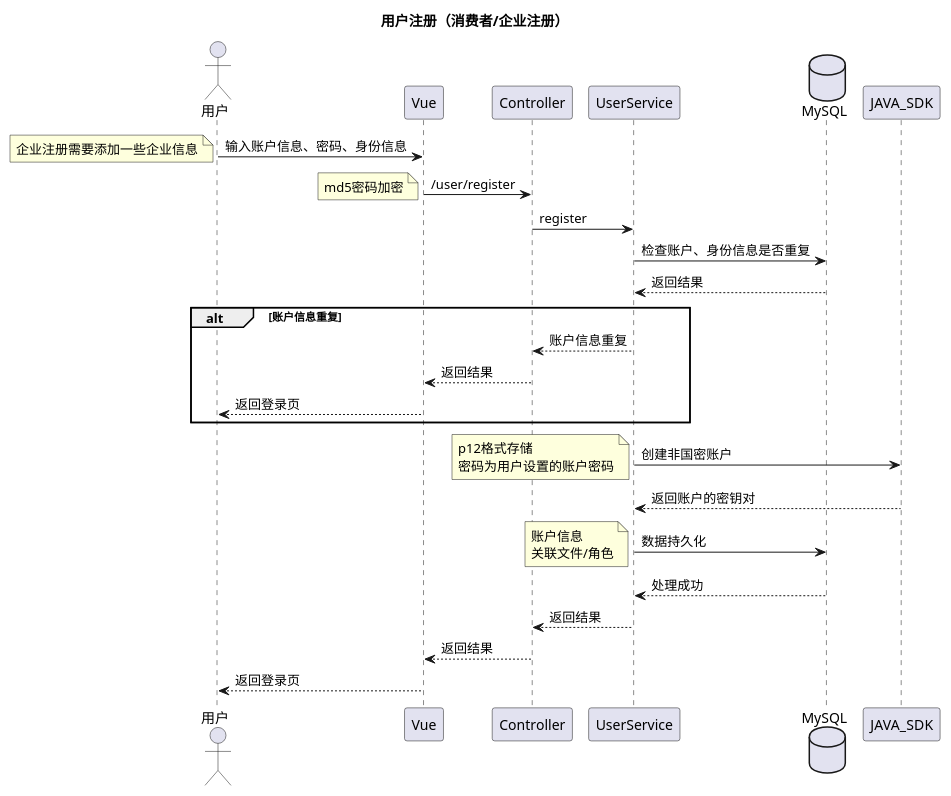
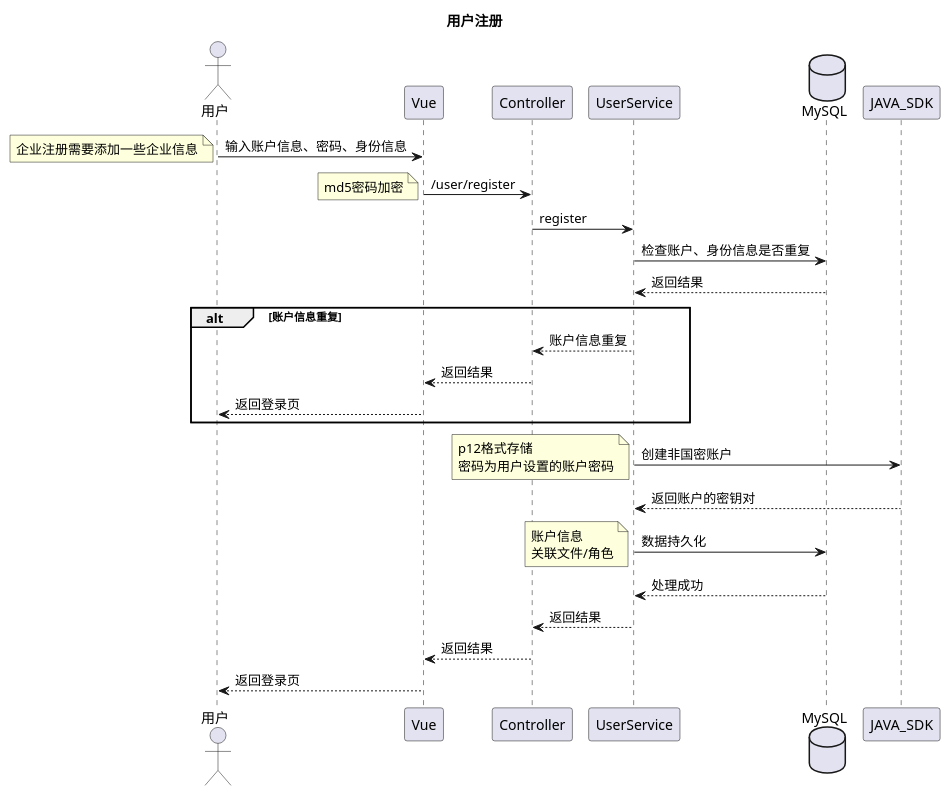
The diagram in docs/时序图/用户注册.puml (cmgun/B-Recycle), drawn with PlantUML before and after one commit. The commit also changed 43 other files, not shown here.

```diff
--- a/docs/时序图/用户注册.puml
+++ b/docs/时序图/用户注册.puml
@@ -1,44 +1,44 @@
 @startuml
 'https://plantuml.com/sequence-diagram
-title 用户注册（消费者/企业注册）
+title 用户注册
 actor 用户
 
 用户 -> Vue : 输入账户信息、密码、身份信息
 note left
 企业注册需要添加一些企业信息
 end note
 Vue -> Controller : /user/register
 note left
 md5密码加密
 end note
 Controller -> UserService : register
 database MySQL
 UserService -> MySQL : 检查账户、身份信息是否重复
 UserService <-- MySQL : 返回结果
 alt 账户信息重复
     Controller <-- UserService : 账户信息重复
     Vue <-- Controller : 返回结果
     用户 <-- Vue : 返回登录页
 end alt
 
 UserService -> JAVA_SDK : 创建非国密账户
 note left
 p12格式存储
 密码为用户设置的账户密码
 end note
 
 UserService <-- JAVA_SDK : 返回账户的密钥对
 'UserService -> WeIdentity : 根据密钥对生成weid
 'UserService <-- WeIdentity : 返回weid
 
 UserService -> MySQL : 数据持久化
 note left
 账户信息
 关联文件/角色
 end note
 UserService <-- MySQL : 处理成功
 Controller <-- UserService : 返回结果
 Vue <-- Controller : 返回结果
 用户 <-- Vue : 返回登录页
 
 @enduml
```
